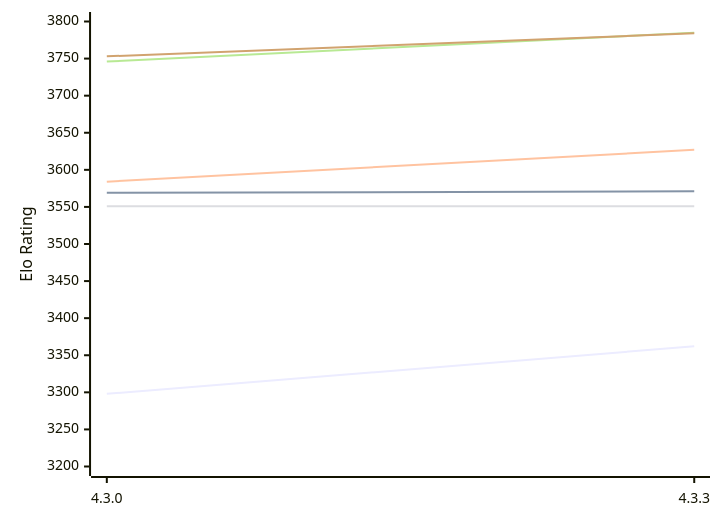
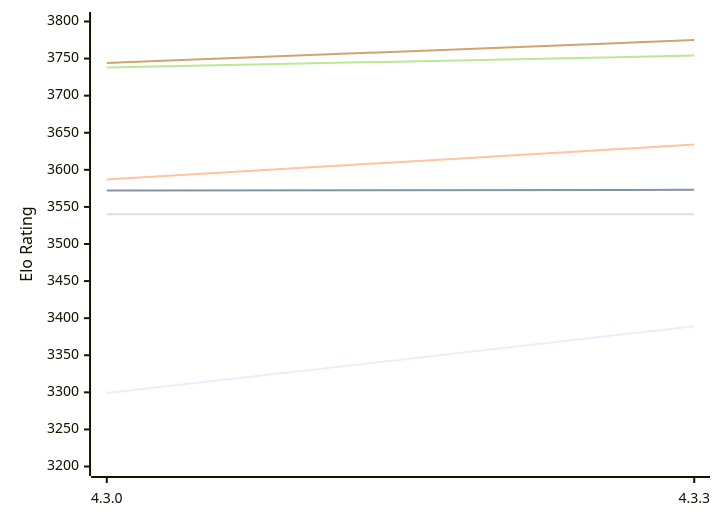
Before and after one commit to computer-chess-index/cci: the first of 2 diagrams in engines/Gaia.md, drawn with Mermaid. The commit also changed other lines of this file, not shown here.

Commit message:
Update CCI Ratings (ELO VLTC) - 2026-10-12

````diff
--- a/engines/Gaia.md
+++ b/engines/Gaia.md
@@ -55,12 +55,12 @@
 ```mermaid
 %%{init: {"theme":"base","themeVariables":{"seriesColors:['#a3a3a3','#222221','#faa371']}}}%%
 xychart-beta
   x-axis ["4.3.0", "4.3.3"]
   y-axis "Elo Rating" 3200 --> 3800
-  line "E1: STC (8.0+0.08s)" [3298, 3362]
-  line "E1: LTC (60.0+0.60s)" [3569, 3571]
-  line "E1: VLTC (2m24s+1.12s)" [3584, 3627]
-  line "P1: STC (8.0+0.08s)" [3551, 3551]
-  line "P1: LTC (60.0+0.60s)" [3746, 3785]
-  line "P1: VLTC (2m24s+1.12s)" [3753, 3784]
+  line "E1: STC (8.0+0.08s)" [3299, 3389]
+  line "E1: LTC (60.0+0.60s)" [3572, 3573]
+  line "E1: VLTC (2m24s+1.12s)" [3587, 3634]
+  line "P1: STC (8.0+0.08s)" [3540, 3540]
+  line "P1: LTC (60.0+0.60s)" [3738, 3754]
+  line "P1: VLTC (2m24s+1.12s)" [3744, 3775]
 ```
````
